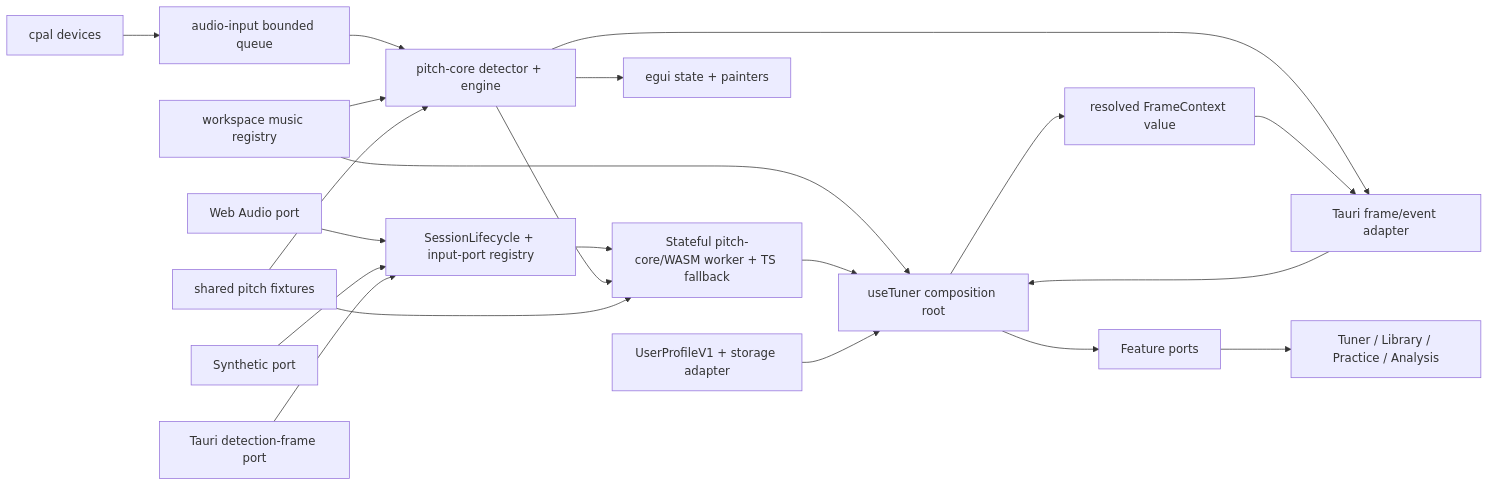
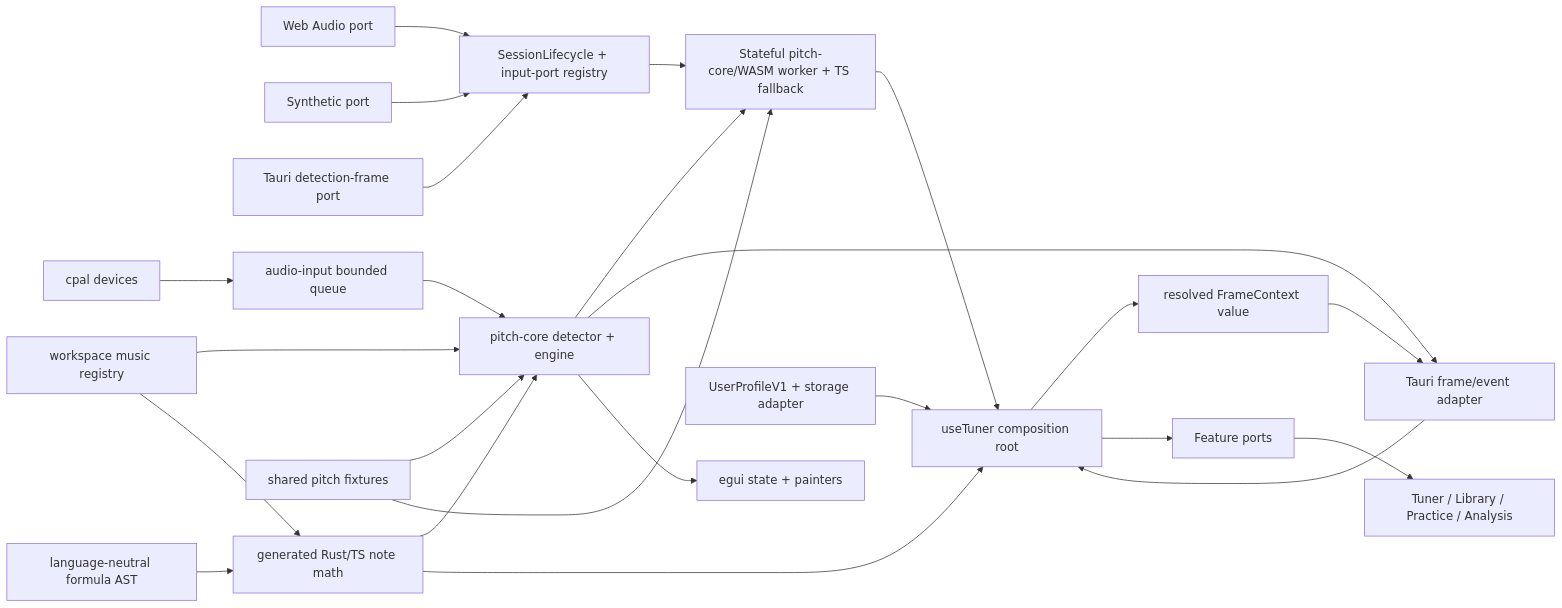
Before and after one commit to themoretheless/tuner: the diagram in ARCHITECTURE.md, drawn with Mermaid. The commit also changed other lines of this file and 6 other files, not shown here.

Commit message:
Synchronize note math architecture and backlog status

````diff
--- a/ARCHITECTURE.md
+++ b/ARCHITECTURE.md
@@ -37,23 +37,26 @@
 ```mermaid
 flowchart LR
   WebMic["Web Audio port"] --> WebSession["SessionLifecycle + input-port registry"]
   Synthetic["Synthetic port"] --> WebSession
   NativePort["Tauri detection-frame port"] --> WebSession
   WebSession --> WasmWorker["Stateful pitch-core/WASM worker + TS fallback"]
   Cpal["cpal devices"] --> AudioInput["audio-input bounded queue"]
   AudioInput --> Core["pitch-core detector + engine"]
   Core --> WasmWorker
   Core --> Tauri["Tauri frame/event adapter"]
   Core --> Egui["egui state + painters"]
   Registry["workspace music registry"] --> Core
-  Registry --> Composition
+  Registry --> GeneratedMath["generated Rust/TS note math"]
+  FormulaAst["language-neutral formula AST"] --> GeneratedMath
+  GeneratedMath --> Core
+  GeneratedMath --> Composition
   Fixtures["shared pitch fixtures"] --> Core
   Fixtures --> WasmWorker
   WasmWorker --> Composition["useTuner composition root"]
   Tauri --> Composition
   Composition --> FrameContext["resolved FrameContext value"]
   FrameContext --> Tauri
   Profile["UserProfileV1 + storage adapter"] --> Composition
   Composition --> Ports["Feature ports"]
   Ports --> Views["Tuner / Library / Practice / Analysis"]
 ```
````
